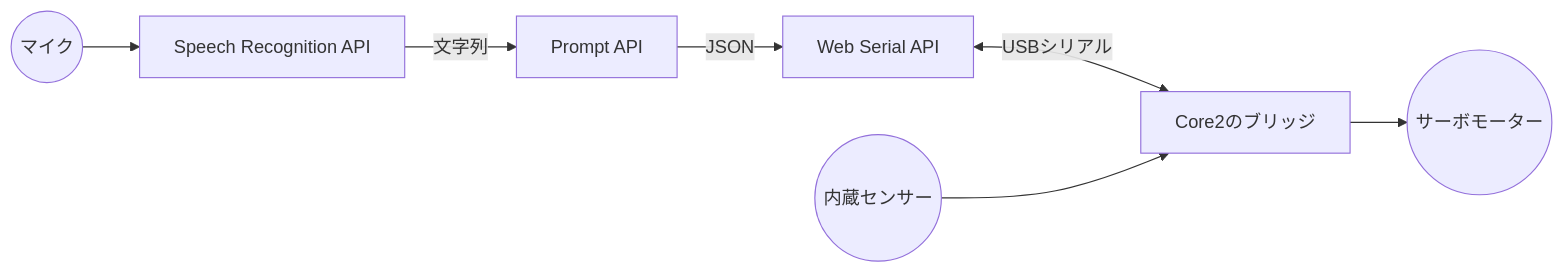
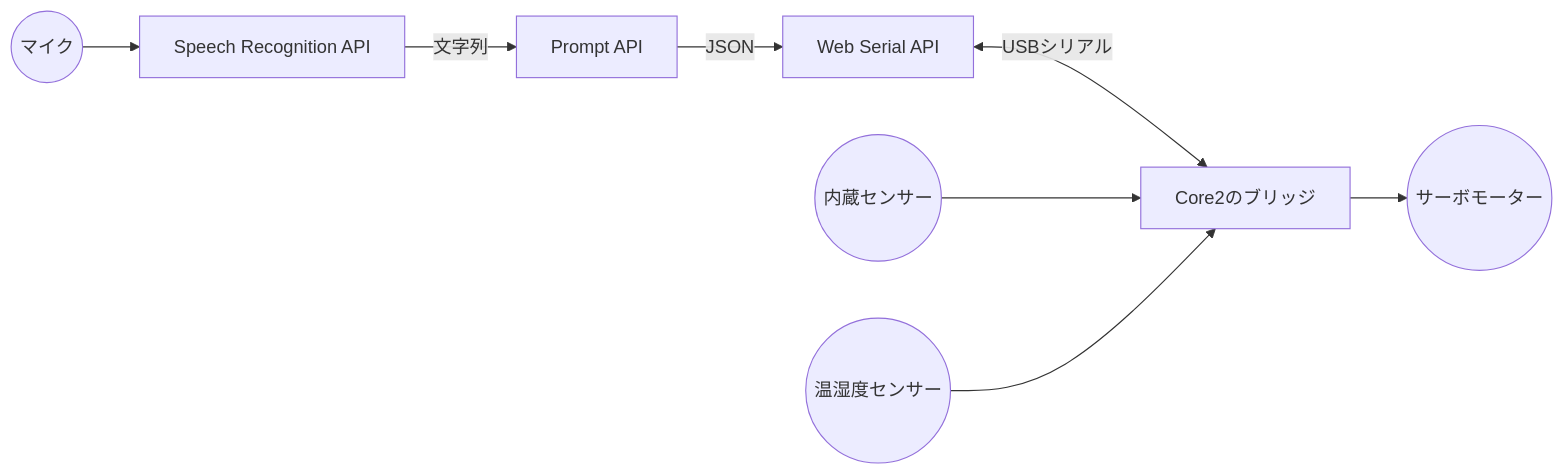
The diagram in src/web-ai/hardware/index.md (kou029w/intro-to-web-dev), drawn with Mermaid before and after one commit. The commit also changed other lines of this file and 42 other files, not shown here.

````diff
--- a/src/web-ai/hardware/index.md
+++ b/src/web-ai/hardware/index.md
@@ -20,9 +21,10 @@
 ```mermaid
 flowchart LR
     Mic((マイク)) --> SR[Speech Recognition API]
     SR -- 文字列 --> LM[Prompt API]
     LM -- JSON --> WS[Web Serial API]
     WS <-- USBシリアル --> FW[Core2のブリッジ]
     FW --> Servo((サーボモーター))
     IMU((内蔵センサー)) --> FW
+    ENV((温湿度センサー)) --> FW
 ```
````
